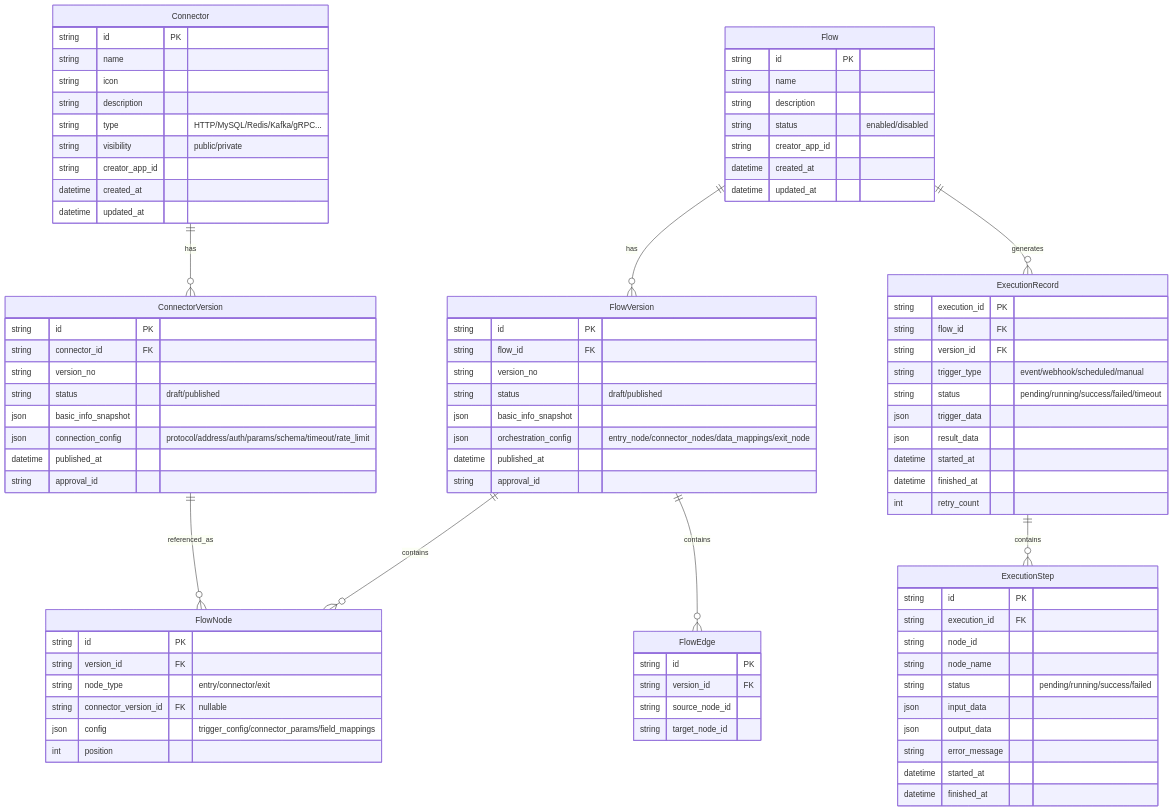
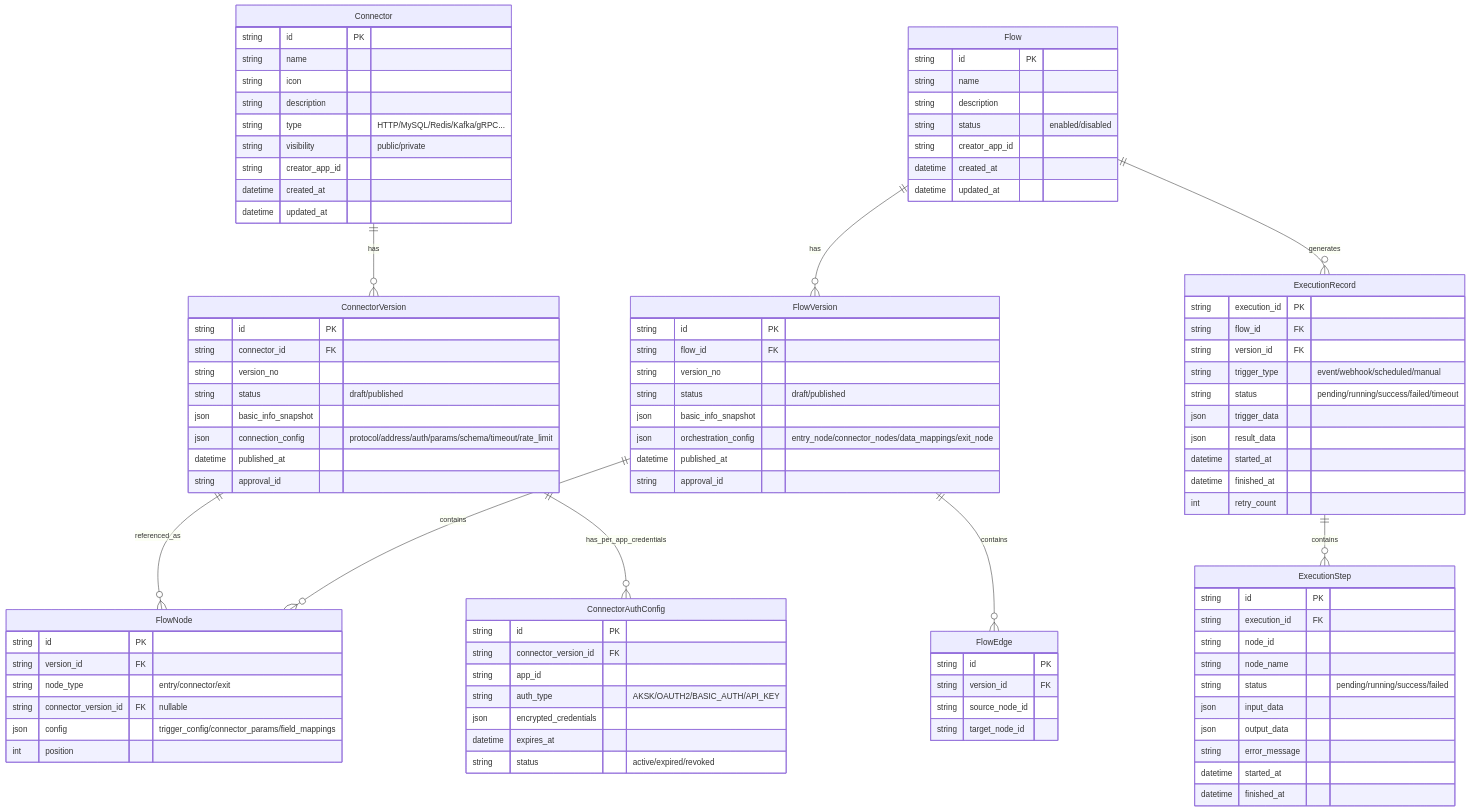
The fourth of 4 diagrams in .sddu/specs-tree-root/specs-tree-connector-platform/plan.md (THZSummer/open-app), drawn with Mermaid before and after one commit. The commit also changed other lines of this file and 3 other files, not shown here.

````diff
--- a/.sddu/specs-tree-root/specs-tree-connector-platform/plan.md
+++ b/.sddu/specs-tree-root/specs-tree-connector-platform/plan.md
@@ -229,6 +229,7 @@
     FlowVersion ||--o{ FlowEdge : contains
     Flow ||--o{ ExecutionRecord : generates
     ExecutionRecord ||--o{ ExecutionStep : contains
+    ConnectorVersion ||--o{ ConnectorAuthConfig : has_per_app_credentials
 
     Connector {
         string id PK
@@ -315,4 +316,14 @@
         datetime started_at
         datetime finished_at
     }
+
+    ConnectorAuthConfig {
+        string id PK
+        string connector_version_id FK
+        string app_id
+        string auth_type "AKSK/OAUTH2/BASIC_AUTH/API_KEY"
+        json encrypted_credentials
+        datetime expires_at
+        string status "active/expired/revoked"
+    }
 ```
````
